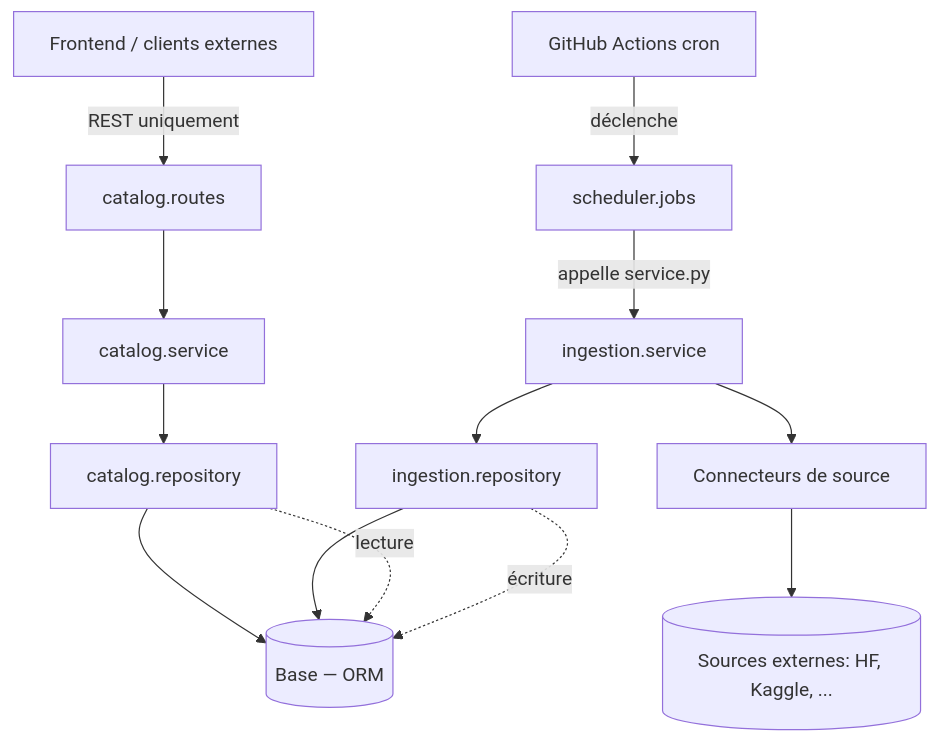
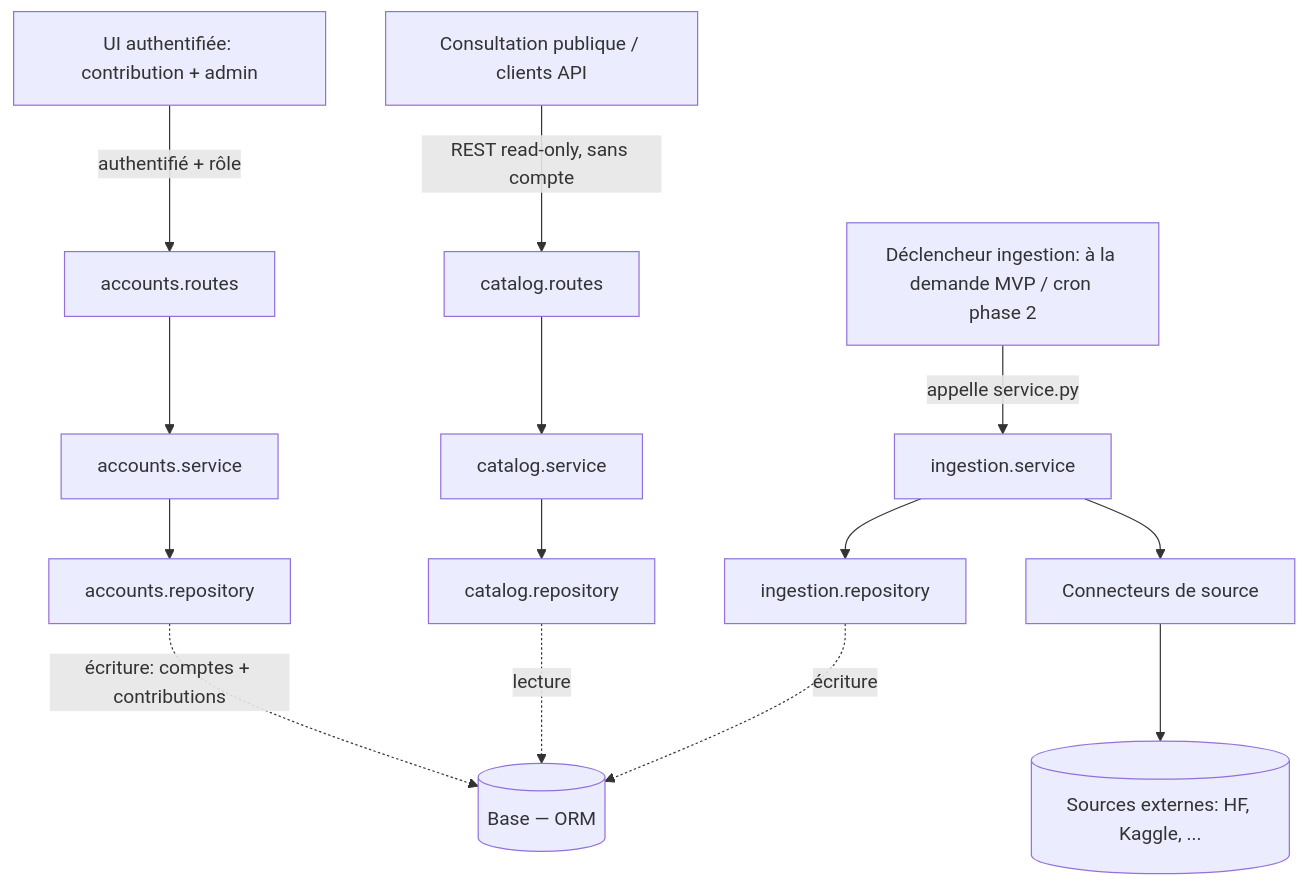
One commit to YTILIKAN/AfroLang-Library changed the first of 3 diagrams in Documentation/architecture/ARCHITECTURE-SPINE.md. Above: the diagram before and after it, drawn with Mermaid. The commit also changed other lines of this file and 4 other files, not shown here.

````diff
--- a/Documentation/architecture/ARCHITECTURE-SPINE.md
+++ b/Documentation/architecture/ARCHITECTURE-SPINE.md
@@ -45,15 +46,16 @@
 ```mermaid
 graph TD
-  FE[Frontend / clients externes] -->|REST uniquement| CR[catalog.routes]
+  PUB[Consultation publique / clients API] -->|REST read-only, sans compte| CR[catalog.routes]
   CR --> CS[catalog.service]
   CS --> CRepo[catalog.repository]
-  GH[GitHub Actions cron] -->|déclenche| SJ[scheduler.jobs]
-  SJ -->|appelle service.py| IS[ingestion.service]
+  AUTHUI[UI authentifiée: contribution + admin] -->|authentifié + rôle| AR[accounts.routes]
+  AR --> AS[accounts.service]
+  AS --> ARepo[accounts.repository]
+  TRIG[Déclencheur ingestion: à la demande MVP / cron phase 2] -->|appelle service.py| IS[ingestion.service]
   IS --> CONN[Connecteurs de source]
   CONN --> EXT[(Sources externes: HF, Kaggle, ...)]
   IS --> IRepo[ingestion.repository]
-  CRepo --> DB[(Base — ORM)]
-  IRepo --> DB
-  CRepo -. lecture .-> DB
+  CRepo -. lecture .-> DB[(Base — ORM)]
   IRepo -. écriture .-> DB
+  ARepo -. écriture: comptes + contributions .-> DB
 ```
````
